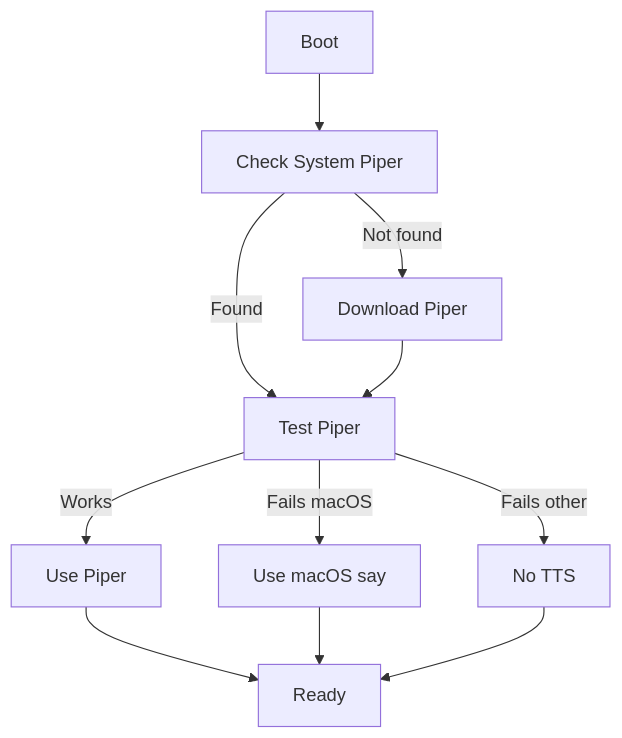
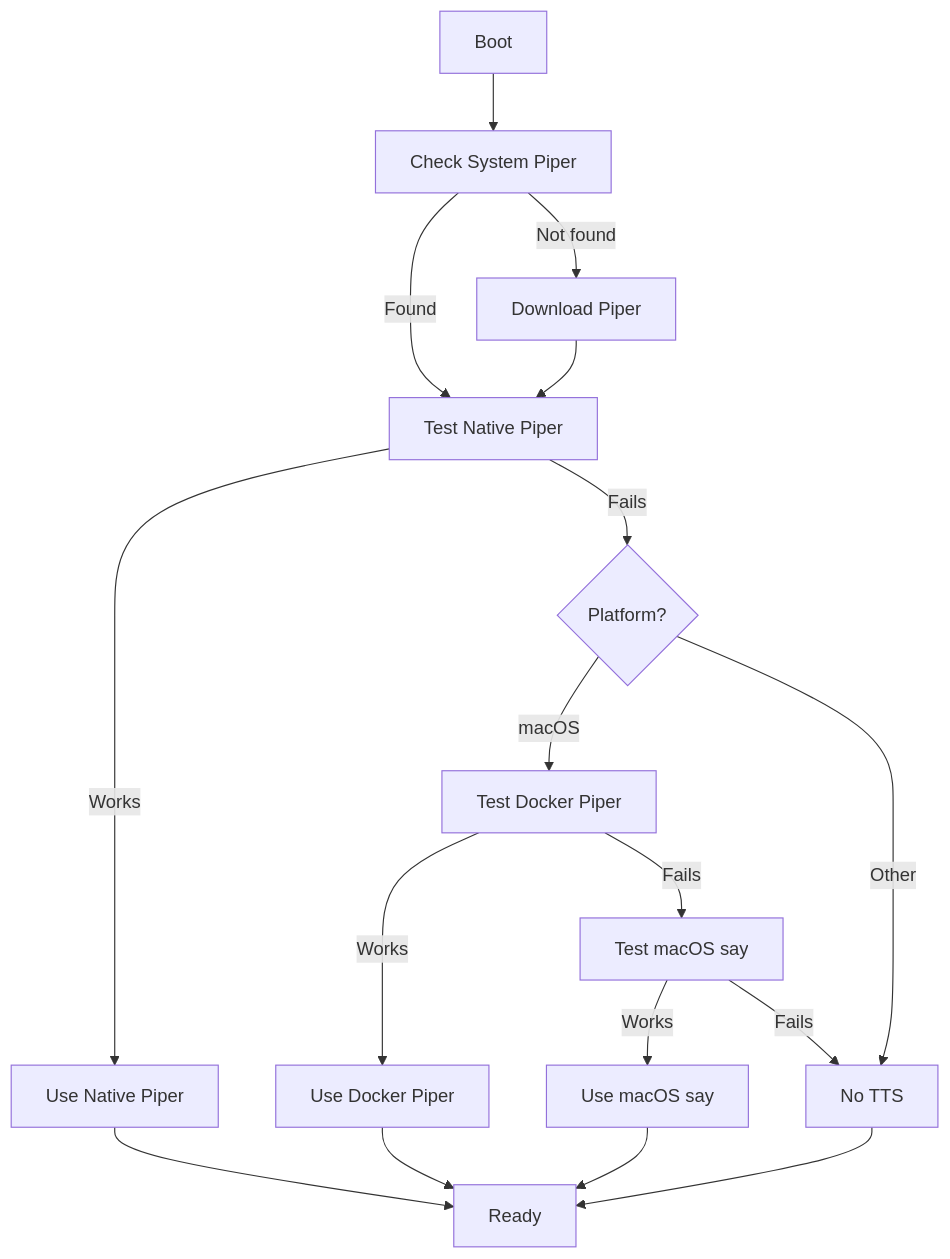
Before and after one commit to eralpkaraduman/lego-radio: the fifth of 7 diagrams in state-machine.md, drawn with Mermaid. The commit also changed other lines of this file, not shown here.

First line of the commit message:
docs: document cross-platform TTS architecture

````diff
--- a/state-machine.md
+++ b/state-machine.md
@@ -441,13 +443,24 @@
 ```mermaid
 flowchart TB
     START[Boot] --> CHECK[Check System Piper]
-    CHECK -->|Found| TEST[Test Piper]
+    CHECK -->|Found| TEST[Test Native Piper]
     CHECK -->|Not found| DL[Download Piper]
     DL --> TEST
-    TEST -->|Works| PIPER[Use Piper]
-    TEST -->|Fails macOS| SAY[Use macOS say]
-    TEST -->|Fails other| NONE[No TTS]
+
+    TEST -->|Works| PIPER[Use Native Piper]
+    TEST -->|Fails| PLATFORM{Platform?}
+
+    PLATFORM -->|macOS| DOCKER[Test Docker Piper]
+    PLATFORM -->|Other| NONE[No TTS]
+
+    DOCKER -->|Works| DPIPER[Use Docker Piper]
+    DOCKER -->|Fails| SAY[Test macOS say]
+
+    SAY -->|Works| MACSAY[Use macOS say]
+    SAY -->|Fails| NONE
+
     PIPER --> READY[Ready]
-    SAY --> READY
+    DPIPER --> READY
+    MACSAY --> READY
     NONE --> READY
 ```
````
